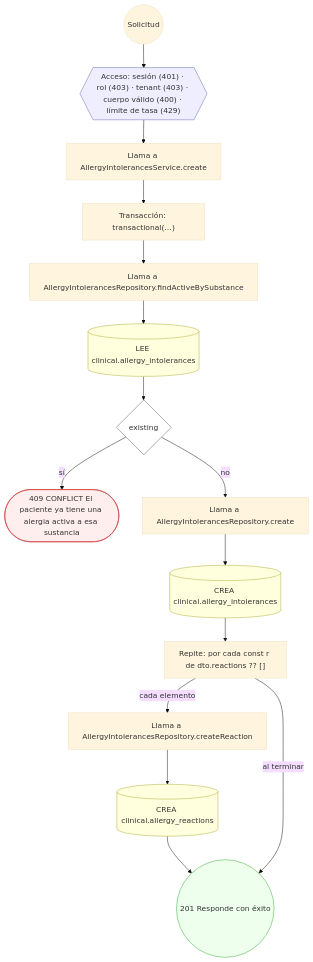
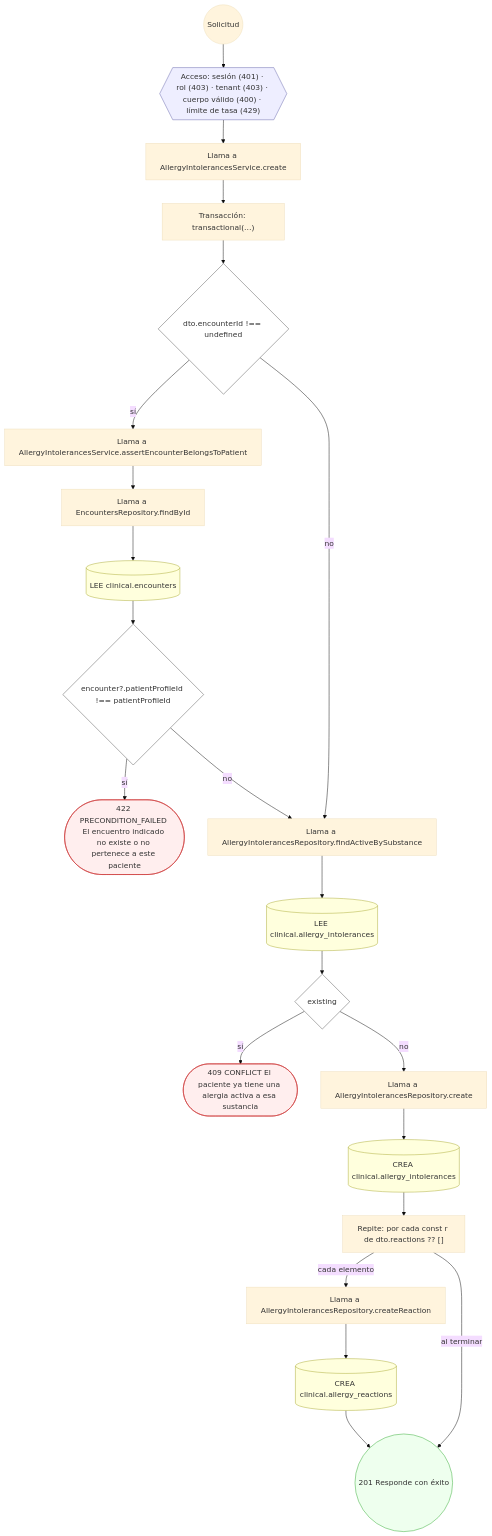
The fourth of 39 diagrams in docs/inventario/flujos/clinical.md (mdavila-2001/mantra-core-health-api), drawn with Mermaid (base theme) before and after one commit. The commit also changed other lines of this file and 451 other files, not shown here.

````diff
--- a/docs/inventario/flujos/clinical.md
+++ b/docs/inventario/flujos/clinical.md
@@ -367,37 +538,50 @@
 ```mermaid
 flowchart TD
   n1(("Solicitud")):::inicio
   n2{{"Acceso: sesión (401) · rol (403) · tenant (403) · cuerpo válido (400) · límite de tasa (429)"}}:::acceso
   n1 --> n2
   n3["Llama a AllergyIntolerancesService.create"]:::llamada
   n2 --> n3
   n4["Transacción: transactional(…)"]:::transaccion
   n3 --> n4
-  n5["Llama a AllergyIntolerancesRepository.findActiveBySubstance"]:::llamada
+  n5{"dto.encounterId !== undefined"}:::decision
   n4 --> n5
-  n6[("LEE clinical.allergy_intolerances")]:::efecto
-  n5 --> n6
-  n7{"existing"}:::decision
+  n6["Llama a AllergyIntolerancesService.assertEncounterBelongsToPatient"]:::llamada
+  n5 -->|"sí"| n6
+  n7["Llama a EncountersRepository.findById"]:::llamada
   n6 --> n7
-  n8(["409 CONFLICT El paciente ya tiene una alergia activa a esa sustancia"]):::error
-  n7 -->|"sí"| n8
-  n9["Llama a AllergyIntolerancesRepository.create"]:::llamada
-  n7 -->|"no"| n9
-  n10[("CREA clinical.allergy_intolerances")]:::efecto
-  n9 --> n10
-  n11["Repite: por cada const r de dto.reactions ?? []"]:::bucle
-  n10 --> n11
-  n12["Llama a AllergyIntolerancesRepository.createReaction"]:::llamada
-  n11 -->|"cada elemento"| n12
-  n13[("CREA clinical.allergy_reactions")]:::efecto
+  n8[("LEE clinical.encounters")]:::efecto
+  n7 --> n8
+  n9{"encounter?.patientProfileId !== patientProfileId"}:::decision
+  n8 --> n9
+  n10(["422 PRECONDITION_FAILED El encuentro indicado no existe o no pertenece a este paciente"]):::error
+  n9 -->|"sí"| n10
+  n11["Llama a AllergyIntolerancesRepository.findActiveBySubstance"]:::llamada
+  n9 -->|"no"| n11
+  n5 -->|"no"| n11
+  n12[("LEE clinical.allergy_intolerances")]:::efecto
+  n11 --> n12
+  n13{"existing"}:::decision
   n12 --> n13
-  n14(("201 Responde con éxito")):::ok
-  n13 --> n14
-  n11 -->|"al terminar"| n14
+  n14(["409 CONFLICT El paciente ya tiene una alergia activa a esa sustancia"]):::error
+  n13 -->|"sí"| n14
+  n15["Llama a AllergyIntolerancesRepository.create"]:::llamada
+  n13 -->|"no"| n15
+  n16[("CREA clinical.allergy_intolerances")]:::efecto
+  n15 --> n16
+  n17["Repite: por cada const r de dto.reactions ?? []"]:::bucle
+  n16 --> n17
+  n18["Llama a AllergyIntolerancesRepository.createReaction"]:::llamada
+  n17 -->|"cada elemento"| n18
+  n19[("CREA clinical.allergy_reactions")]:::efecto
+  n18 --> n19
+  n20(("201 Responde con éxito")):::ok
+  n19 --> n20
+  n17 -->|"al terminar"| n20
   classDef acceso fill:#eef,stroke:#66a
   classDef error fill:#fee,stroke:#c33
   classDef ok fill:#efe,stroke:#3a3
   classDef efecto fill:#ffd,stroke:#aa3
   classDef decision fill:#fff,stroke:#555
   classDef corte fill:#eee,stroke:#999,stroke-dasharray: 4
 ```
````
